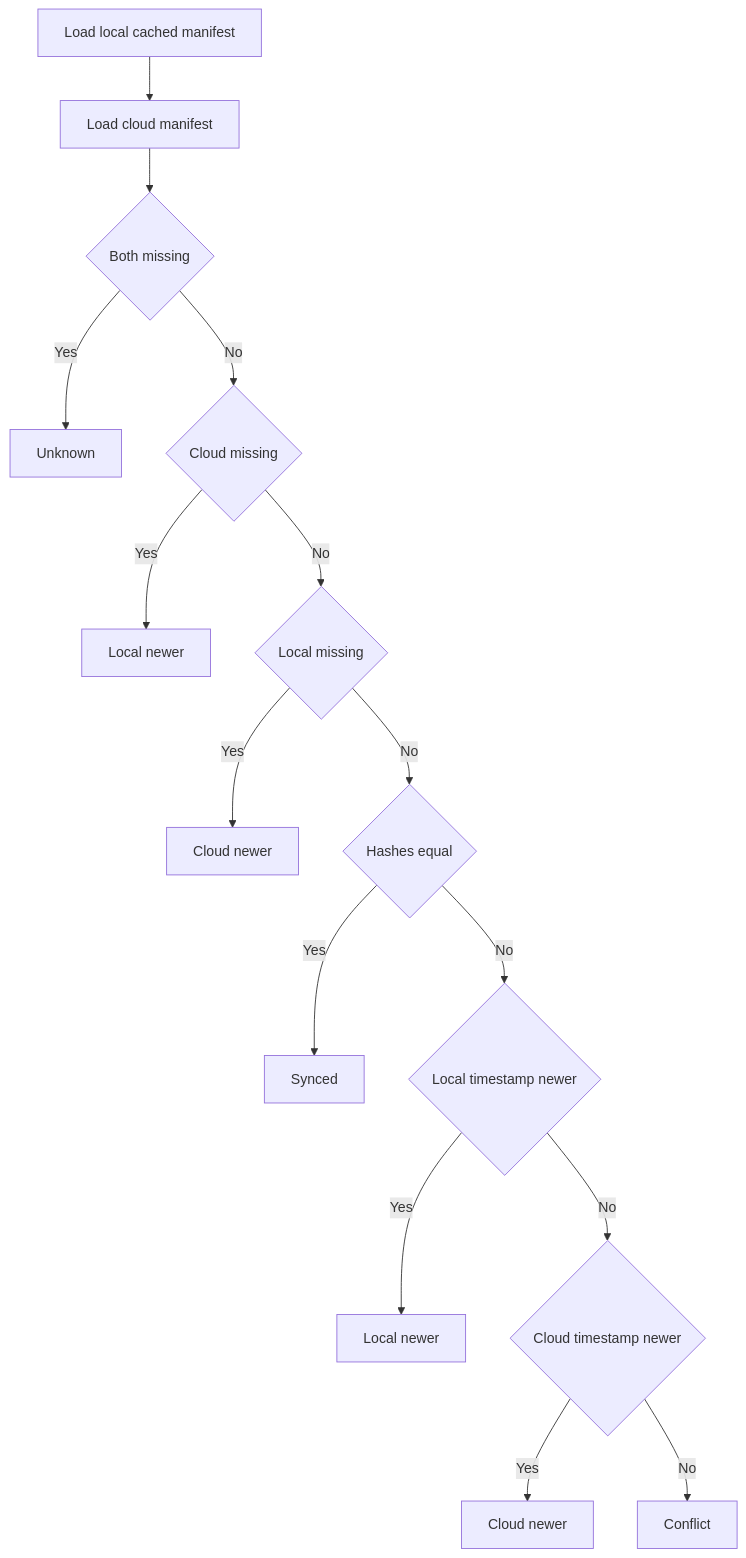
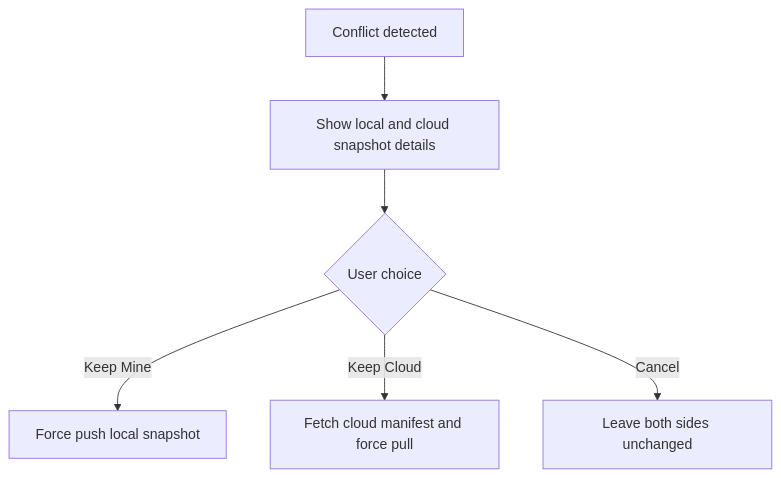
One commit to d1p/savesync changed the fifth of 5 diagrams in docs/USER_GUIDE.md. Above: the diagram before and after it, drawn with Mermaid. The commit also changed other lines of this file and 9 other files, not shown here.

````diff
--- a/docs/USER_GUIDE.md
+++ b/docs/USER_GUIDE.md
@@ -140,17 +169,8 @@
 ```mermaid
 flowchart TD
-    A[Load local cached manifest] --> B[Load cloud manifest]
-    B --> C{Both missing}
-    C -->|Yes| U[Unknown]
-    C -->|No| D{Cloud missing}
-    D -->|Yes| L[Local newer]
-    D -->|No| E{Local missing}
-    E -->|Yes| F[Cloud newer]
-    E -->|No| G{Hashes equal}
-    G -->|Yes| H[Synced]
-    G -->|No| I{Local timestamp newer}
-    I -->|Yes| J[Local newer]
-    I -->|No| K{Cloud timestamp newer}
-    K -->|Yes| M[Cloud newer]
-    K -->|No| N[Conflict]
+    A[Conflict detected] --> B[Show local and cloud snapshot details]
+    B --> C{User choice}
+    C -->|Keep Mine| D[Force push local snapshot]
+    C -->|Keep Cloud| E[Fetch cloud manifest and force pull]
+    C -->|Cancel| F[Leave both sides unchanged]
 ```
````
